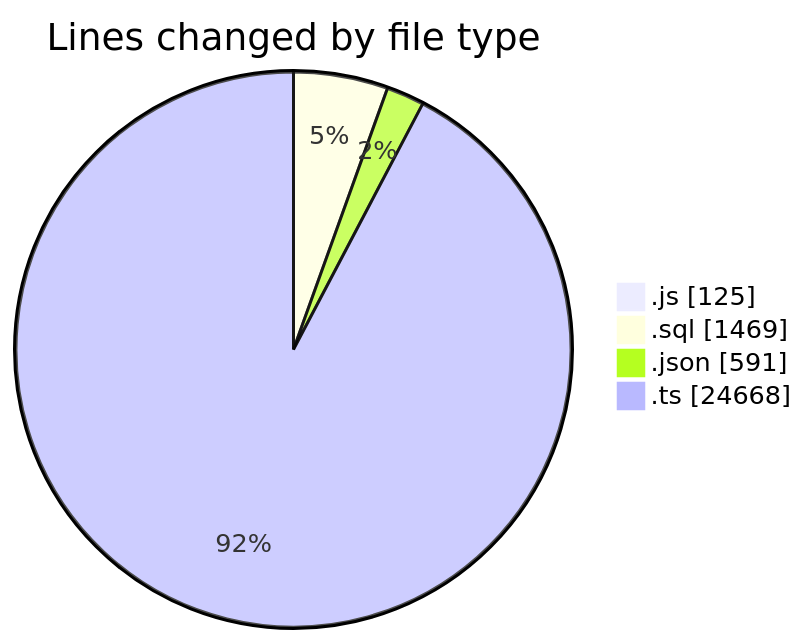
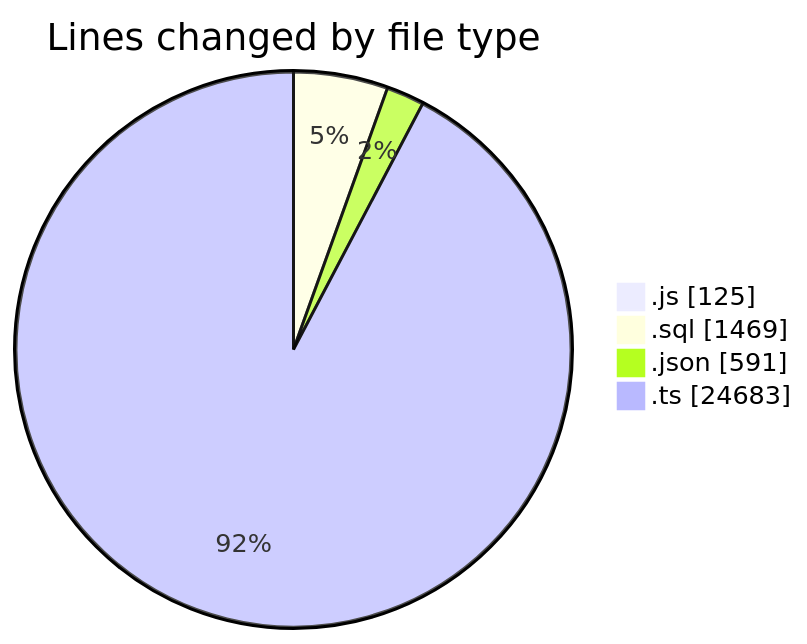
One commit to momahboobian/code-tracking changed the first of 2 diagrams in 2026-05-20/cda/README.md. Above: the diagram before and after it, drawn with Mermaid. The commit also changed other lines of this file and 1 other file, not shown here.

````diff
--- a/2026-05-20/cda/README.md
+++ b/2026-05-20/cda/README.md
@@ -37,8 +37,8 @@
 ```mermaid
 pie showData
 title Lines changed by file type
 ".js" : 125
 ".sql" : 1469
 ".json" : 591
-".ts" : 24668
+".ts" : 24683
 ```
````
